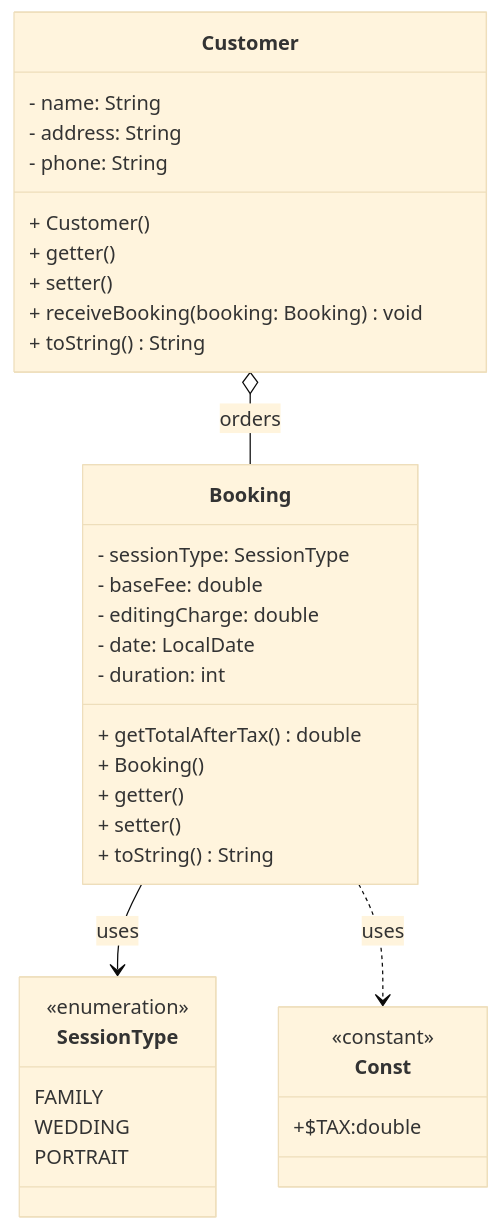
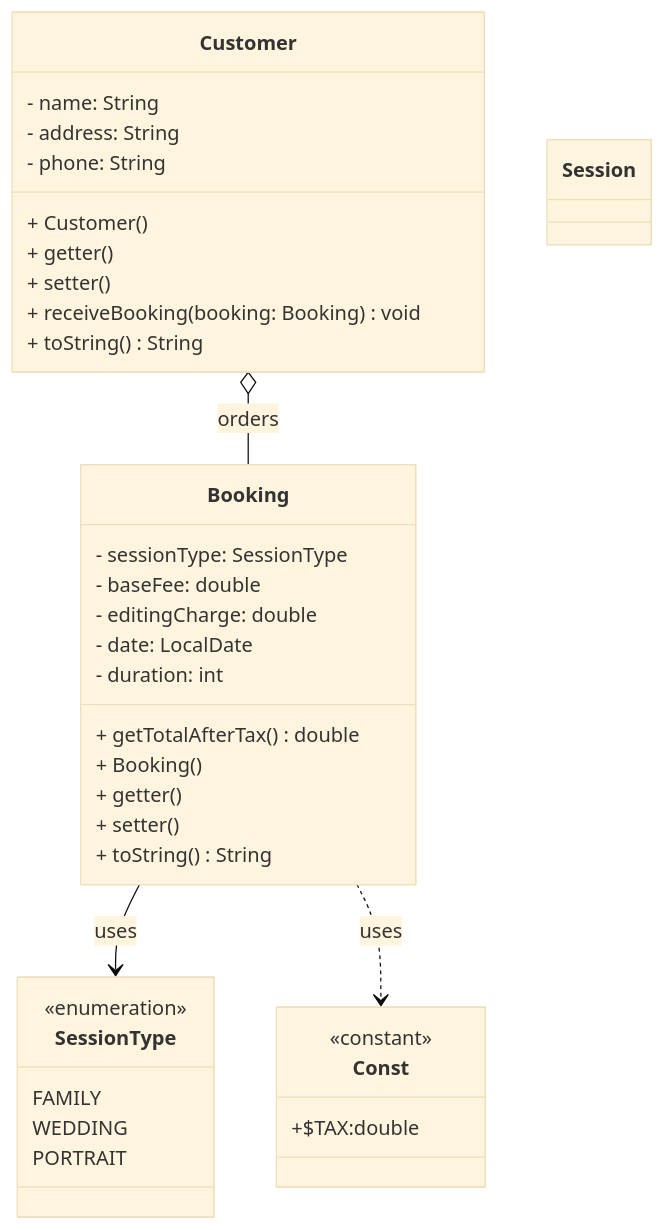
One commit to ngsang149dev/CIT-EIU changed the diagram in CSE203/Lab1/Problem4/PhotographyStudio.mmd. Above: the diagram before and after it, drawn with Mermaid (base theme). The commit also changed 30 other files, not shown here.

```diff
--- a/CSE203/Lab1/Problem4/PhotographyStudio.mmd
+++ b/CSE203/Lab1/Problem4/PhotographyStudio.mmd
@@ -1,41 +1,45 @@
 classDiagram
     class Customer {
         - name: String
         - address: String
         - phone: String
         + Customer()
         + getter()
         + setter()
         + receiveBooking(booking: Booking) void
         + toString() String
     }
 
 
     class Booking {
         - sessionType: SessionType
         - baseFee: double
         - editingCharge: double
         - date: LocalDate
         - duration: int
         + getTotalAfterTax() double
         + Booking()
         + getter()
         + setter()
         + toString() String
     }
 
     class Const {
         <<constant>>
         +$TAX:double
     }
 
+    class Session {
+        
+    }
+
     class SessionType {
         <<enumeration>> 
         FAMILY
         WEDDING
         PORTRAIT
     }
 
     Customer o-- Booking: orders
     Booking --> SessionType: uses
     Booking ..> Const: uses
```
